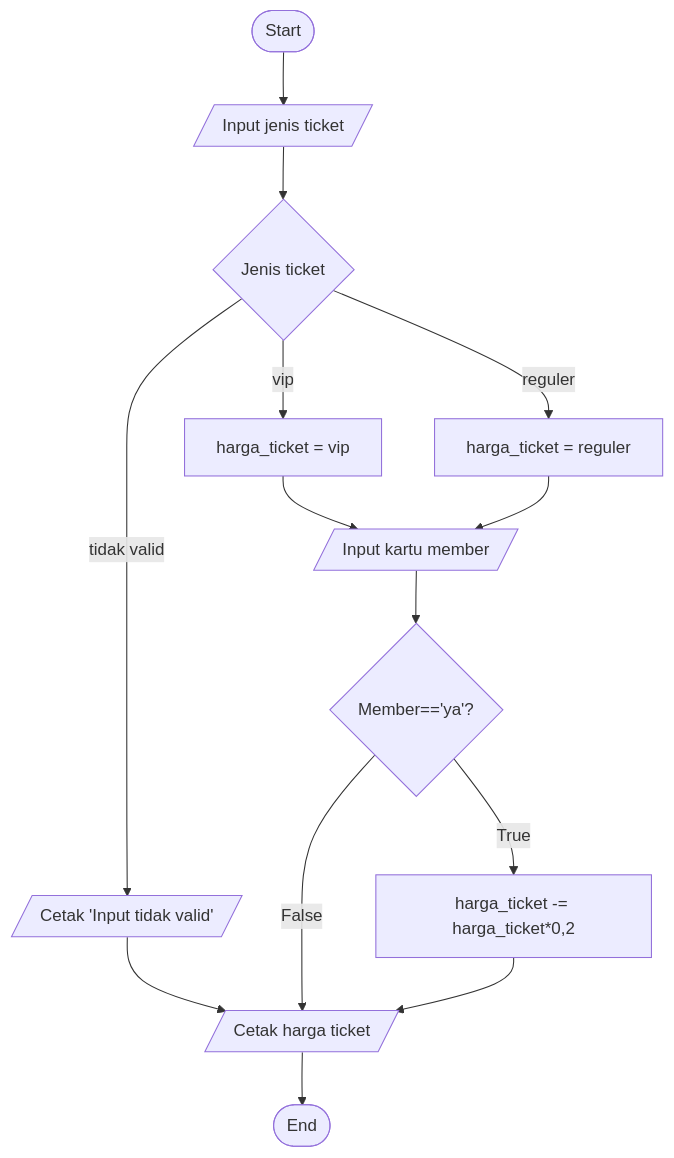
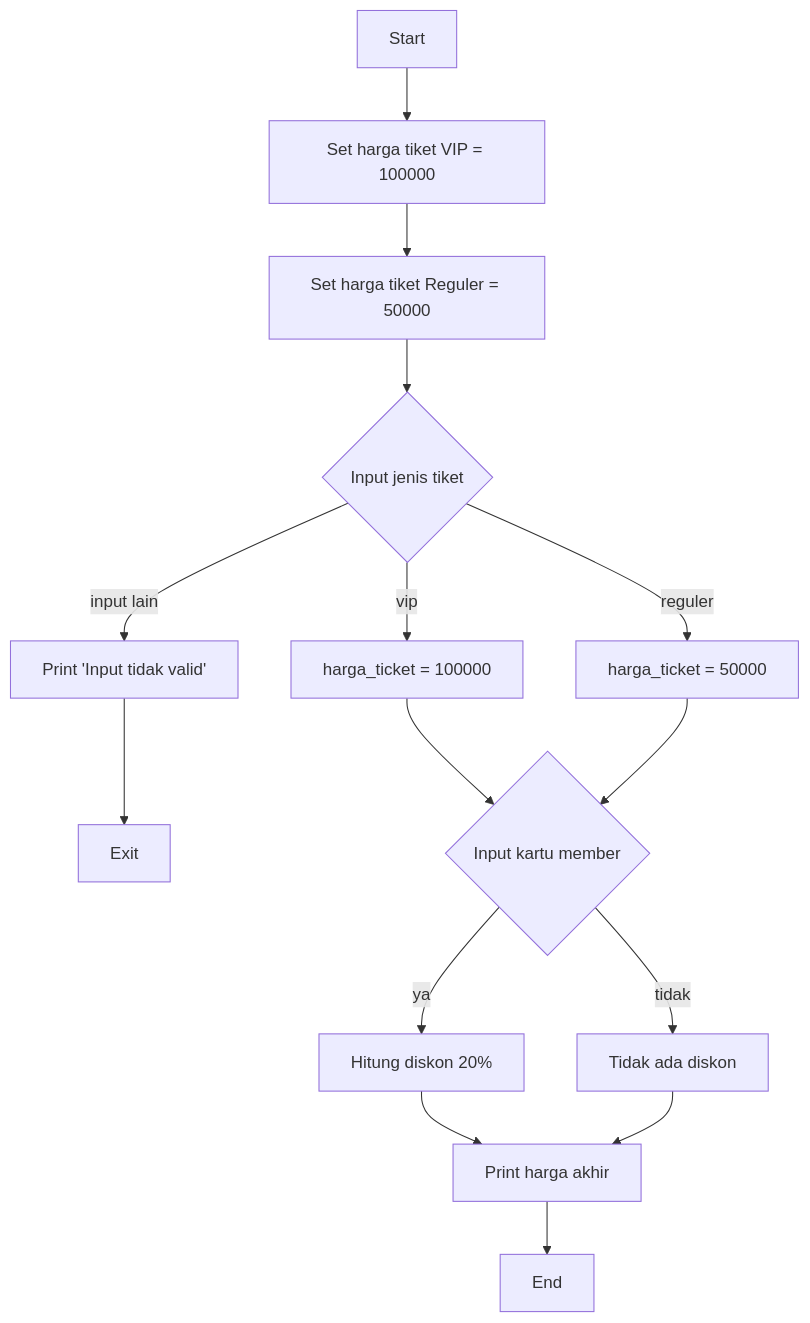
Before and after one commit to AugustRmd/labpy02: the first of 2 diagrams in README.md, drawn with Mermaid. The commit also changed other lines of this file, not shown here.

`````diff
--- a/README.md
+++ b/README.md
@@ -12,17 +12,23 @@
 ````mermaid
 flowchart TD
-    A([Start]) --> B[/Input jenis ticket/]
-    B --> C{Jenis ticket}
-    C -- vip --> D[harga_ticket = vip]
-    C -- reguler --> E[harga_ticket = reguler]
-    C -- tidak valid --> F[/Cetak 'Input tidak valid'/]
-    F --> K
-    D --> G[/Input kartu member/]
-    E --> G
-    G --> H{Member=='ya'?}
-    H -- True --> I[harga_ticket -= harga_ticket*0,2]
-    H -- False --> K[/Cetak harga ticket/]
-    I --> K
-    K --> L([End])
+    A[Start] --> B[Set harga tiket VIP = 100000]
+    B --> C[Set harga tiket Reguler = 50000]
+    C --> D{Input jenis tiket}
+    
+    D -->|vip| E[harga_ticket = 100000]
+    D -->|reguler| F[harga_ticket = 50000]
+    D -->|input lain| G[Print 'Input tidak valid']
+    G --> H[Exit]
+    
+    E --> I{Input kartu member}
+    F --> I
+    
+    I -->|ya| J[Hitung diskon 20%]
+    I -->|tidak| K[Tidak ada diskon]
+    
+    J --> L[Print harga akhir]
+    K --> L
+    
+    L --> M[End]
 
 ````
`````
